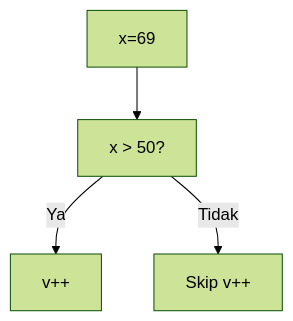
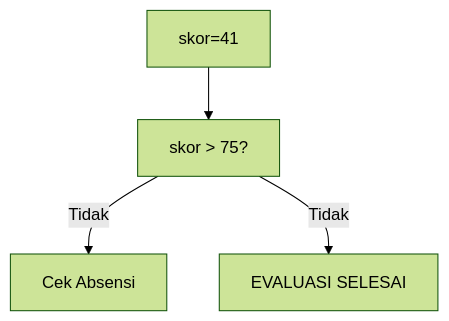
The ninth of 25 diagrams in part-c-pemahaman-cpp/02-percabangan/latihan/set-07.md (amnahwaida/OSNK_INF_PREP), drawn with Mermaid (forest theme) before and after one commit. The commit also changed other lines of this file and 71 other files, not shown here.

````diff
--- a/part-c-pemahaman-cpp/02-percabangan/latihan/set-07.md
+++ b/part-c-pemahaman-cpp/02-percabangan/latihan/set-07.md
@@ -246,6 +260,6 @@
 ```mermaid
 graph TD
-A["x=69"] --> B["x > 50?"]
-B -- Ya --> C["v++"]
-B -- Tidak --> D["Skip v++"]
+A["skor=41"] --> B["skor > 75?"]
+B -- Tidak --> C["Cek Absensi"]
+B -- Tidak --> D["EVALUASI SELESAI"]
 ```
````
